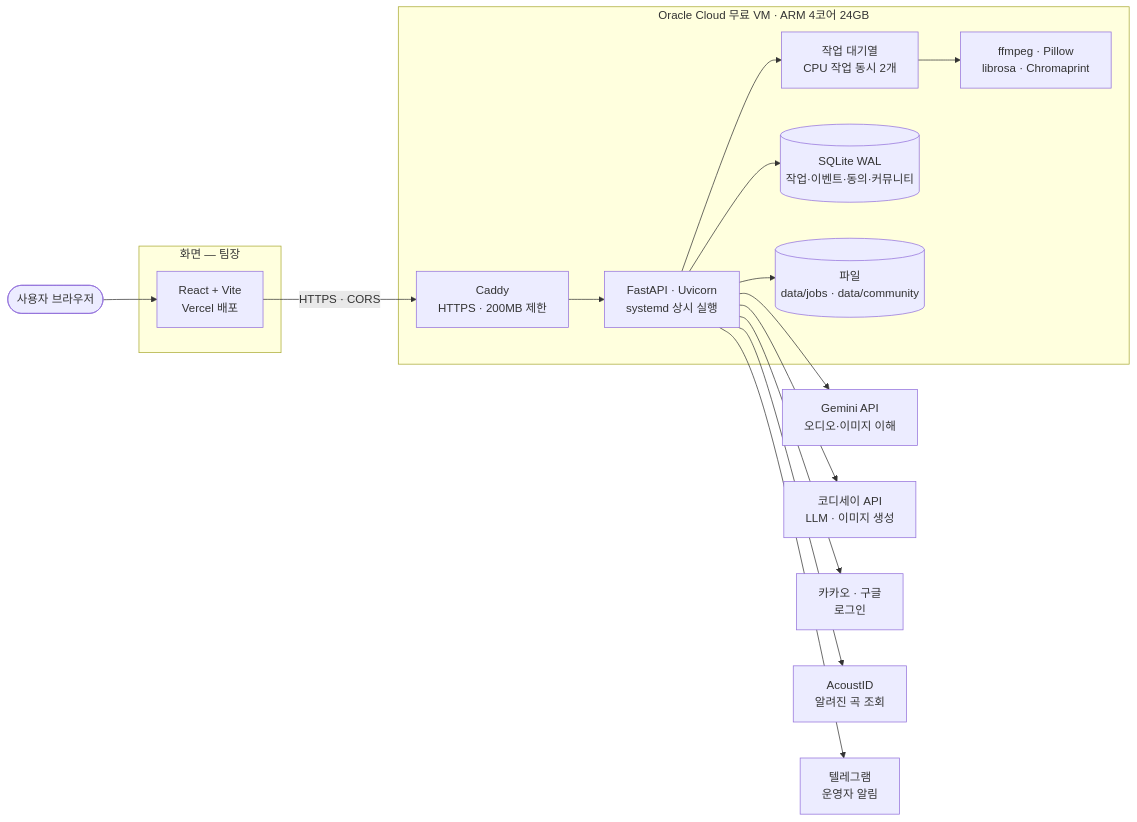
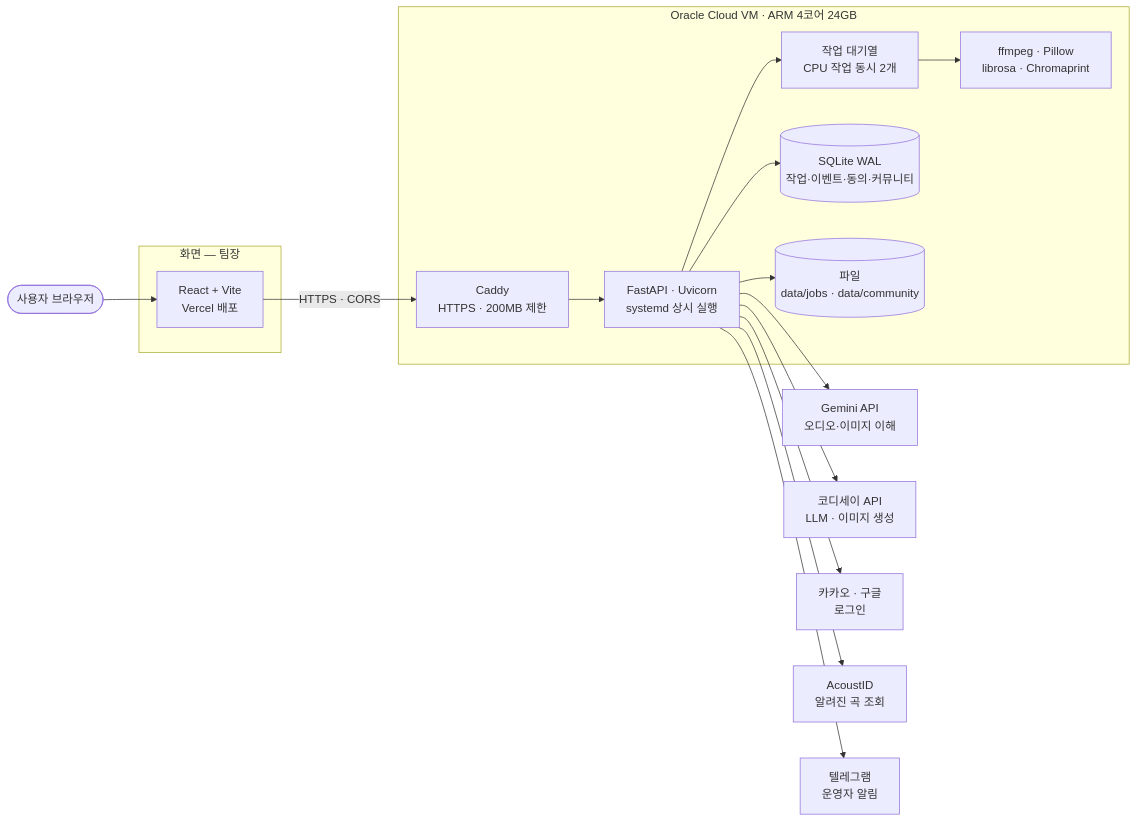
One commit to davidchoi0507/Codyssey_M2-1 changed the first of 2 diagrams in docs/제출/02_시스템아키텍처.md. Above: the diagram before and after it, drawn with Mermaid. The commit also changed other lines of this file and 1 other file, not shown here.

Commit message:
docs: 제출 문서에서 Oracle 서버 '무료' 표현 제거

````diff
--- a/docs/제출/02_시스템아키텍처.md
+++ b/docs/제출/02_시스템아키텍처.md
@@ -7,30 +7,30 @@
 ```mermaid
 flowchart LR
     U([사용자 브라우저])
     subgraph FE [화면 — 팀장]
         V[React + Vite<br/>Vercel 배포]
     end
-    subgraph VM [Oracle Cloud 무료 VM · ARM 4코어 24GB]
+    subgraph VM [Oracle Cloud VM · ARM 4코어 24GB]
         C[Caddy<br/>HTTPS · 200MB 제한]
         A[FastAPI · Uvicorn<br/>systemd 상시 실행]
         Q[작업 대기열<br/>CPU 작업 동시 2개]
         D[(SQLite WAL<br/>작업·이벤트·동의·커뮤니티)]
         F[(파일<br/>data/jobs · data/community)]
         T[ffmpeg · Pillow<br/>librosa · Chromaprint]
     end
     G[Gemini API<br/>오디오·이미지 이해]
     O[코디세이 API<br/>LLM · 이미지 생성]
     K[카카오 · 구글<br/>로그인]
     AC[AcoustID<br/>알려진 곡 조회]
     TG[텔레그램<br/>운영자 알림]
 
     U --> V -->|HTTPS · CORS| C --> A
     A --> Q --> T
     A --> D
     A --> F
     A --> G
     A --> O
     A --> K
     A --> AC
     A --> TG
 ```
````
